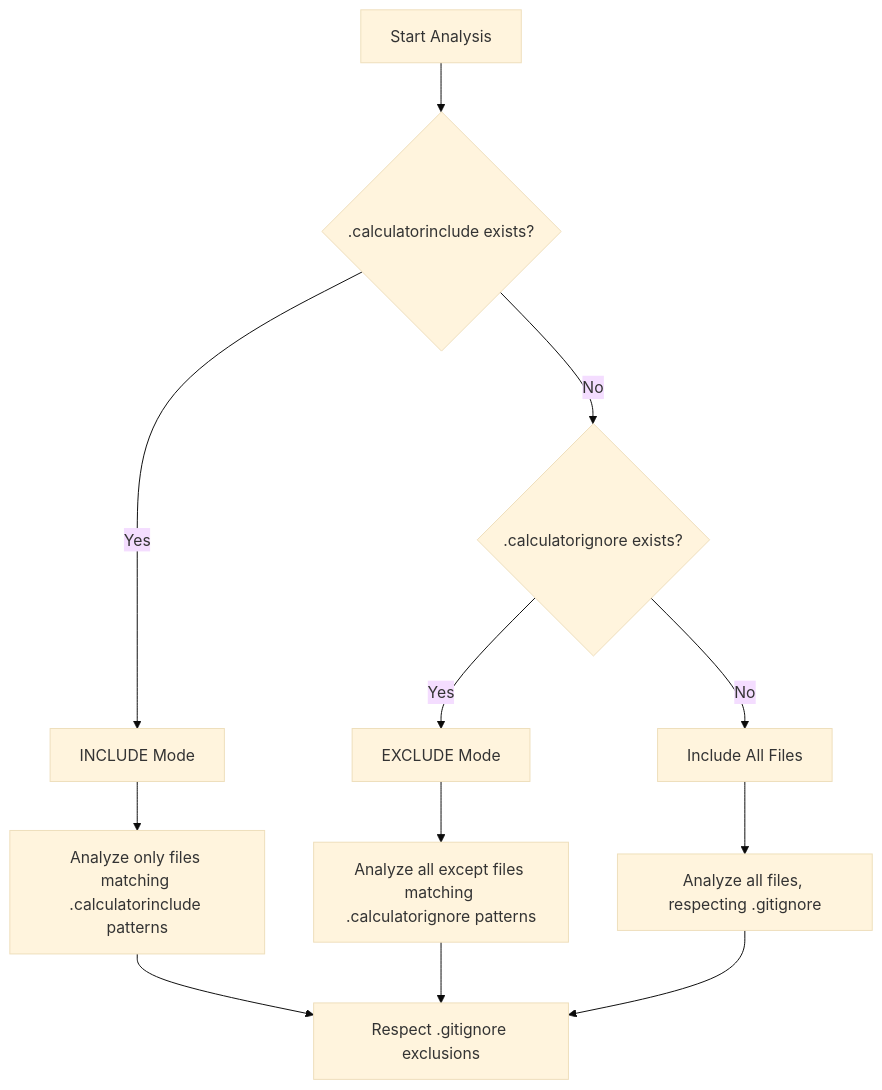
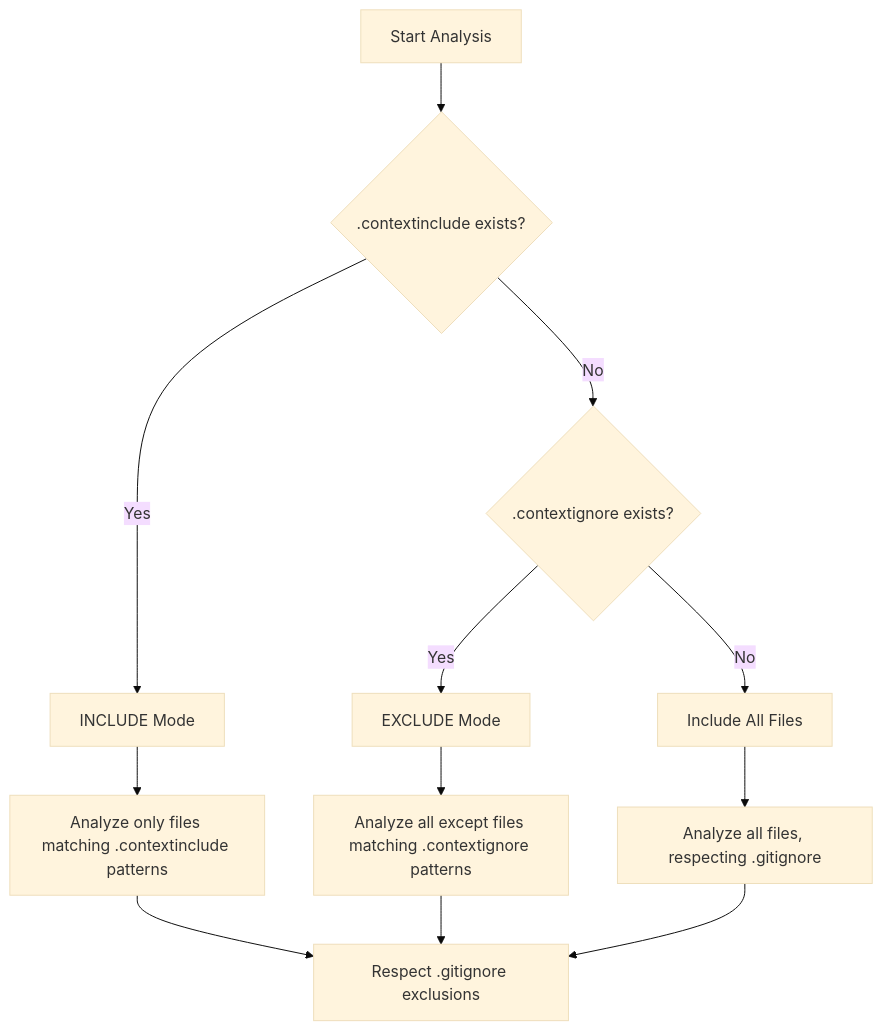
The first of 5 diagrams in docs/content-en/Advanced Configuration.md (hakkisagdic/context-manager), drawn with Mermaid (base theme) before and after one commit. The commit also changed other lines of this file and 93 other files, not shown here.

````diff
--- a/docs/content-en/Advanced Configuration.md
+++ b/docs/content-en/Advanced Configuration.md
@@ -38,14 +38,14 @@
 ```mermaid
 graph TD
-A[Start Analysis] --> B{.calculatorinclude exists?}
+A[Start Analysis] --> B{.contextinclude exists?}
 B --> |Yes| C[INCLUDE Mode]
-B --> |No| D{.calculatorignore exists?}
+B --> |No| D{.contextignore exists?}
 D --> |Yes| E[EXCLUDE Mode]
 D --> |No| F[Include All Files]
-C --> G[Analyze only files matching .calculatorinclude patterns]
-E --> H[Analyze all except files matching .calculatorignore patterns]
+C --> G[Analyze only files matching .contextinclude patterns]
+E --> H[Analyze all except files matching .contextignore patterns]
 F --> I[Analyze all files, respecting .gitignore]
 G --> J[Respect .gitignore exclusions]
 H --> J
 I --> J
 ```
````
